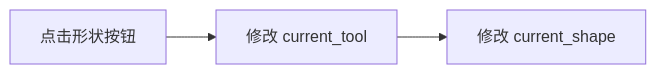
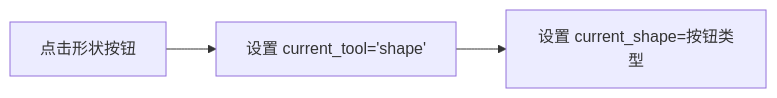
Before and after one commit to buaa23371212/ThePainter: the second of 6 diagrams in transcriber/docs/流程图.md, drawn with Mermaid. The commit also changed other lines of this file and 1 other file, not shown here.

````diff
--- a/transcriber/docs/流程图.md
+++ b/transcriber/docs/流程图.md
@@ -40,5 +43,5 @@
 ```mermaid
 graph LR
-    A[点击形状按钮] --> B[修改 current_tool]
-    B --> C[修改 current_shape]
+    A[点击形状按钮] --> B[设置 current_tool='shape']
+    B --> C[设置 current_shape=按钮类型]
 ```
````
